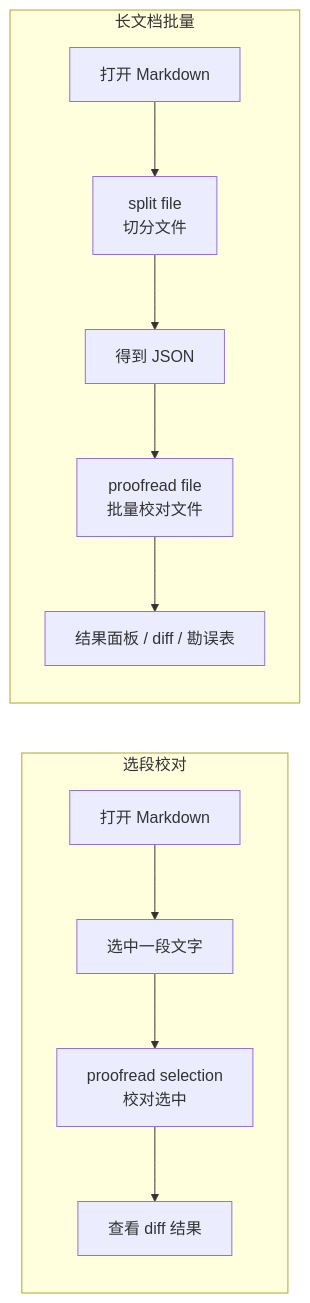
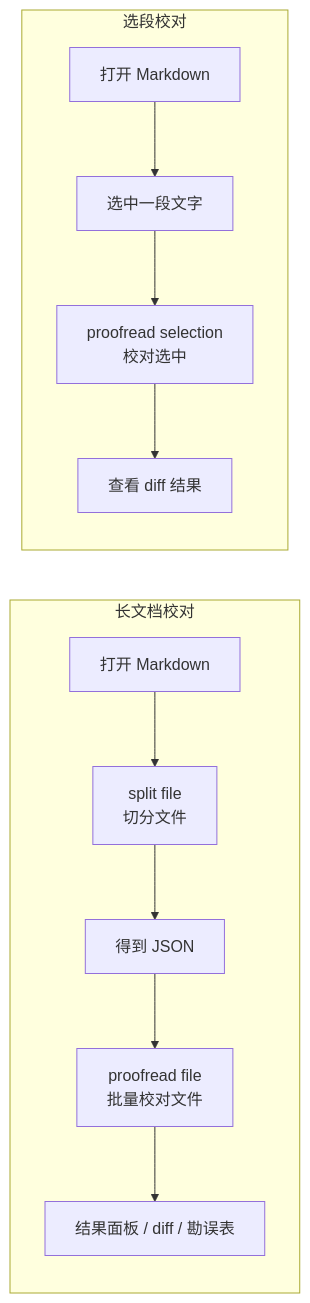
One commit to Fusyong/ai-proofread-vscode-extension changed the first of 5 diagrams in docs/commands-cheatsheet.md. Above: the diagram before and after it, drawn with Mermaid. The commit also changed other lines of this file, not shown here.

````diff
--- a/docs/commands-cheatsheet.md
+++ b/docs/commands-cheatsheet.md
@@ -97,19 +52,20 @@
 ```mermaid
 flowchart LR
+    subgraph 方式二["长文档校对"]
+        L1[打开 Markdown]
+        L2[split file <br> 切分文件]
+        L3[得到 JSON]
+        L4[proofread file <br> 批量校对文件]
+        L5[结果面板 / diff / 勘误表]
+        L1 --> L2 --> L3 --> L4 --> L5
+    end
+
     subgraph 方式一["选段校对"]
         S1[打开 Markdown]
         S2[选中一段文字]
         S3[proofread selection <br> 校对选中]
         S4[查看 diff 结果]
         S1 --> S2 --> S3 --> S4
     end
 
-    subgraph 方式二["长文档批量"]
-        L1[打开 Markdown]
-        L2[split file <br> 切分文件]
-        L3[得到 JSON]
-        L4[proofread file <br> 批量校对文件]
-        L5[结果面板 / diff / 勘误表]
-        L1 --> L2 --> L3 --> L4 --> L5
-    end
 ```
````
